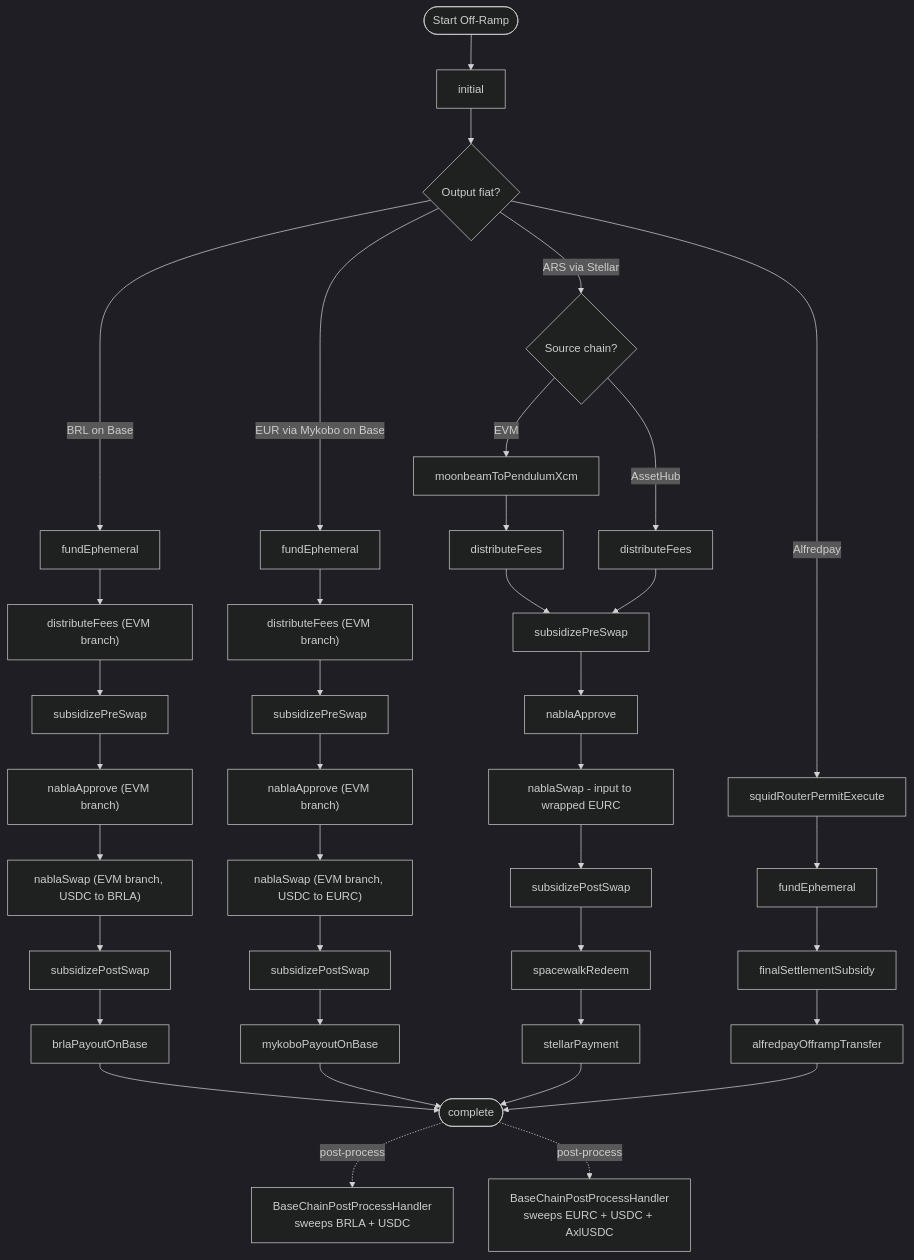
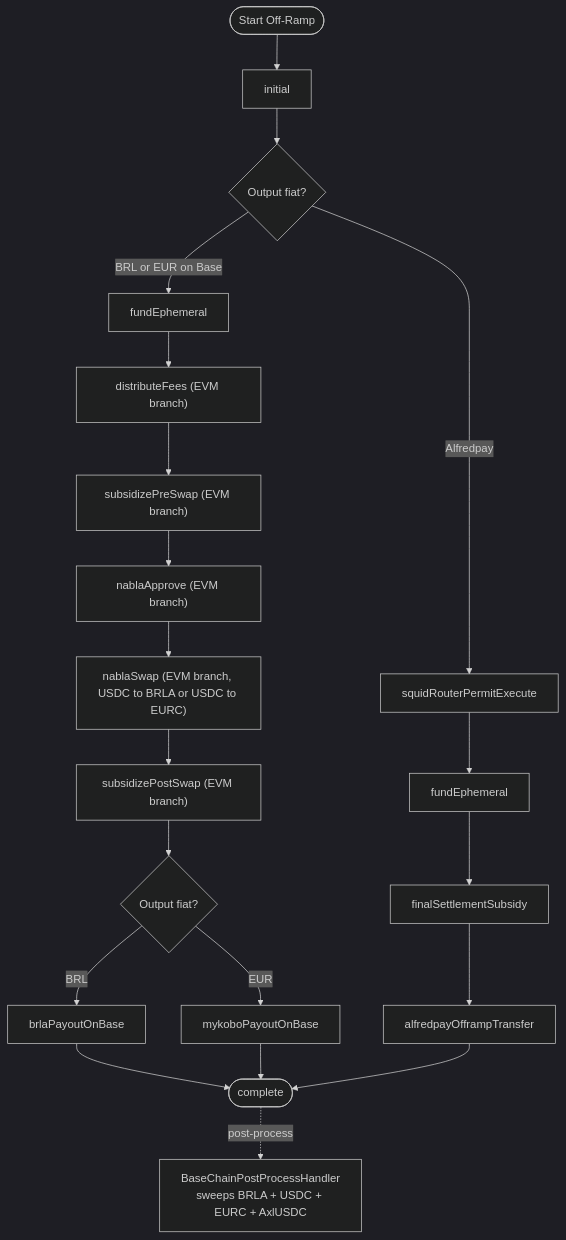
One commit to pendulum-chain/vortex changed the second of 2 diagrams in docs/security-spec/03-ramp-engine/ramp-phase-flows.md. Above: the diagram before and after it, drawn with Mermaid (dark theme). The commit also changed other lines of this file and 3 other files, not shown here.

First line of the commit message:
docs(security-spec): unify on/off-ramp diagrams and remove ARS

````diff
--- a/docs/security-spec/03-ramp-engine/ramp-phase-flows.md
+++ b/docs/security-spec/03-ramp-engine/ramp-phase-flows.md
@@ -118,53 +114,32 @@
 ```mermaid
 graph TD
     Start([Start Off-Ramp]) --> Init[initial]
     Init --> Corridor{Output fiat?}
 
-    %% --- BRL via Avenia/BRLA on Base ---
+    %% --- Shared Base entry: BRL + EUR ---
     %% The user-signed Squid bridge (source EVM -> Base USDC) is submitted client-side
-    %% before the backend runtime starts; squidRouterPay is a no-op for SELL.
-    %% AssetHub -> BRL is temporarily disabled at quote eligibility.
-    Corridor -->|BRL on Base| BrlFund[fundEphemeral]
-    BrlFund --> BrlDistEvm["distributeFees (EVM branch)"]
-    BrlDistEvm --> BrlSubPreEvm[subsidizePreSwap]
-    BrlSubPreEvm --> BrlApproveEvm["nablaApprove (EVM branch)"]
-    BrlApproveEvm --> BrlSwapEvm["nablaSwap (EVM branch, USDC to BRLA)"]
-    BrlSwapEvm --> BrlSubPostEvm[subsidizePostSwap]
-    BrlSubPostEvm --> BrlPayout[brlaPayoutOnBase]
+    %% before the backend runtime starts. AssetHub -> BRL is temporarily disabled at quote eligibility.
+    Corridor -->|BRL or EUR on Base| BaseFund[fundEphemeral]
+    BaseFund --> BaseDistEvm["distributeFees (EVM branch)"]
+    BaseDistEvm --> BaseSubPreEvm["subsidizePreSwap (EVM branch)"]
+    BaseSubPreEvm --> BaseApproveEvm["nablaApprove (EVM branch)"]
+    BaseApproveEvm --> BaseSwapEvm["nablaSwap (EVM branch, USDC to BRLA or USDC to EURC)"]
+    BaseSwapEvm --> BaseSubPostEvm["subsidizePostSwap (EVM branch)"]
+    BaseSubPostEvm --> Payout{Output fiat?}
+
+    %% --- Per-corridor terminal payout phase ---
+    Payout -->|BRL| BrlPayout[brlaPayoutOnBase]
+    Payout -->|EUR| MykPayout[mykoboPayoutOnBase]
     BrlPayout --> Complete([complete])
-    Complete -.post-process.-> BaseCleanupBrl[BaseChainPostProcessHandler<br/>sweeps BRLA + USDC]
+    MykPayout --> Complete
 
-    %% --- EUR via Mykobo on Base ---
-    %% The user-signed Squid bridge (source EVM -> Base USDC) is submitted client-side
-    %% before the backend runtime starts. Replaces the legacy Stellar-anchored EUR off-ramp.
-    Corridor -->|EUR via Mykobo on Base| MykFund[fundEphemeral]
-    MykFund --> MykDistEvm["distributeFees (EVM branch)"]
-    MykDistEvm --> MykSubPreEvm[subsidizePreSwap]
-    MykSubPreEvm --> MykApproveEvm["nablaApprove (EVM branch)"]
-    MykApproveEvm --> MykSwapEvm["nablaSwap (EVM branch, USDC to EURC)"]
-    MykSwapEvm --> MykSubPostEvm[subsidizePostSwap]
-    MykSubPostEvm --> MykPayout[mykoboPayoutOnBase]
-    MykPayout --> Complete
-    Complete -.post-process.-> BaseCleanupEur[BaseChainPostProcessHandler<br/>sweeps EURC + USDC + AxlUSDC]
+    %% --- Base post-process cleanup (after complete, out-of-flow) ---
+    Complete -.post-process.-> BaseCleanup[BaseChainPostProcessHandler<br/>sweeps BRLA + USDC + EURC + AxlUSDC]
 
-    %% --- ARS via Stellar (EUR was migrated to Mykobo) ---
-    Corridor -->|ARS via Stellar| StellarStart{Source chain?}
-    StellarStart -->|EVM| MoonToPendulum[moonbeamToPendulumXcm]
-    StellarStart -->|AssetHub| AhDist[distributeFees]
-    MoonToPendulum --> EvmDist[distributeFees]
-    EvmDist --> SubPre[subsidizePreSwap]
-    AhDist --> SubPre
-    SubPre --> NablaApprove[nablaApprove]
-    NablaApprove --> NablaSwap[nablaSwap - input to wrapped EURC]
-    NablaSwap --> SubPost[subsidizePostSwap]
-    SubPost --> Spacewalk[spacewalkRedeem]
-    Spacewalk --> StellarPay[stellarPayment]
-    StellarPay --> Complete
-
-    %% --- Alfredpay ---
+    %% --- Alfredpay (Polygon, different chain) ---
     Corridor -->|Alfredpay| AfPermit[squidRouterPermitExecute]
     AfPermit --> AfFund[fundEphemeral]
     AfFund --> AfFinalSubsidy[finalSettlementSubsidy]
     AfFinalSubsidy --> AfTransfer[alfredpayOfframpTransfer]
     AfTransfer --> Complete
 ```
````
